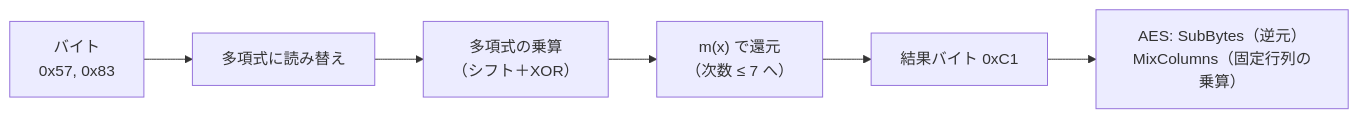
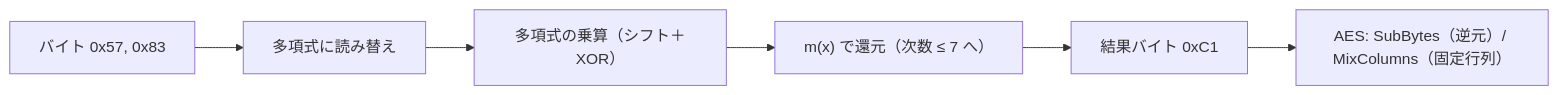
Before and after one commit to SomaTomita/sec-prep: the diagram in topics/01_prerequisites/01_math-for-crypto/02_groups-rings-fields/06_gf2n-and-aes.md, drawn with Mermaid. The commit also changed other lines of this file and 7 other files, not shown here.

````diff
--- a/topics/01_prerequisites/01_math-for-crypto/02_groups-rings-fields/06_gf2n-and-aes.md
+++ b/topics/01_prerequisites/01_math-for-crypto/02_groups-rings-fields/06_gf2n-and-aes.md
@@ -81,8 +88,8 @@
 ```mermaid
 flowchart LR
-    B["バイト<br/>0x57, 0x83"] --> P["多項式に読み替え"]
-    P --> M["多項式の乗算<br/>（シフト＋XOR）"]
-    M --> R["m(x) で還元<br/>（次数 ≤ 7 へ）"]
+    B["バイト 0x57, 0x83"] --> P["多項式に読み替え"]
+    P --> M["多項式の乗算（シフト＋XOR）"]
+    M --> R["m(x) で還元（次数 ≤ 7 へ）"]
     R --> C["結果バイト 0xC1"]
-    C --> S["AES: SubBytes（逆元）<br/>MixColumns（固定行列の乗算）"]
+    C --> S["AES: SubBytes（逆元）/ MixColumns（固定行列）"]
 ```
````
